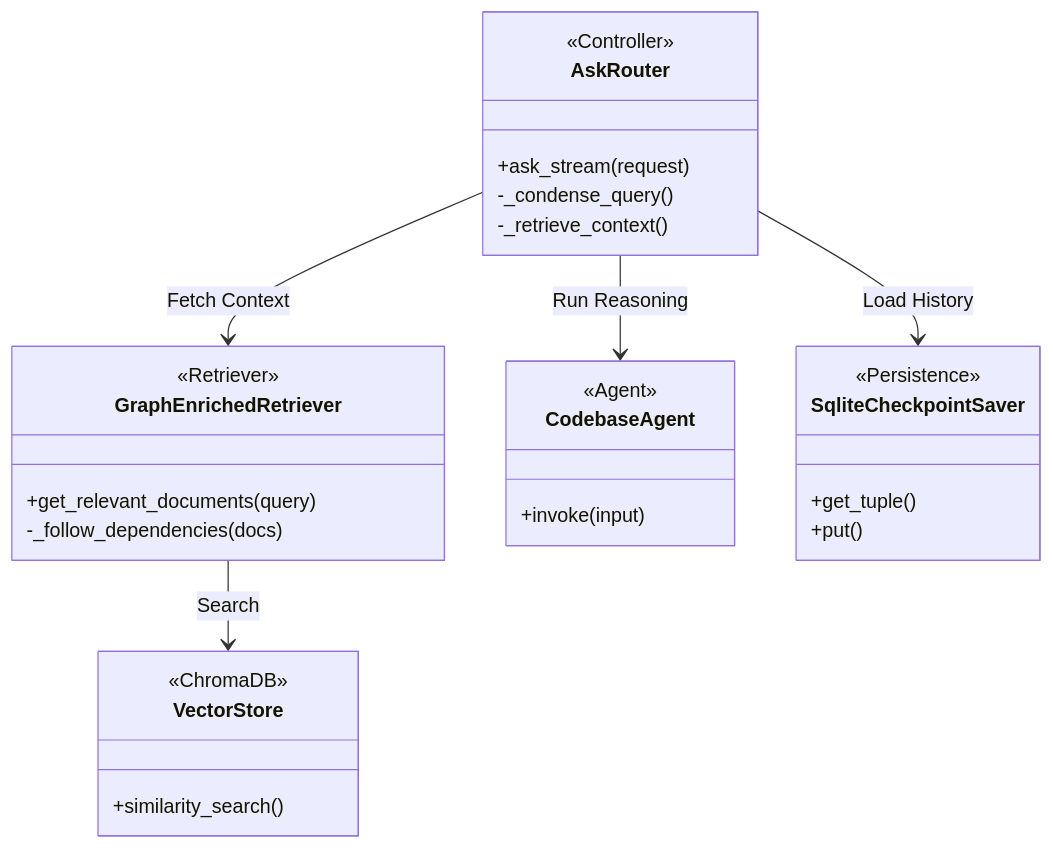
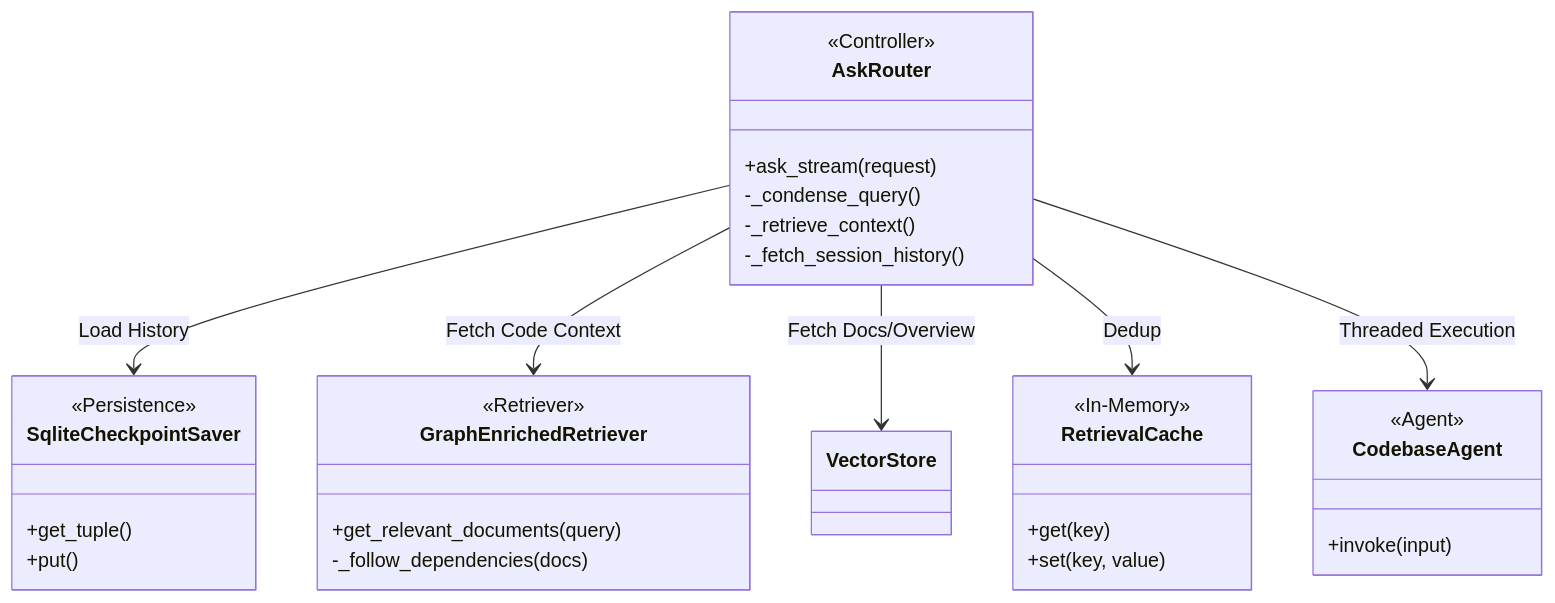
Before and after one commit to cyberbobjr/open-deepwiki: the sixth of 7 diagrams in ARCHITECTURE.md, drawn with Mermaid. The commit also changed other lines of this file, not shown here.

Commit message:
docs: Mettre à jour la documentation de l'architecture pour détailler le flux de requête SSE, la récupération hybride du contexte et l'exécution de l'agent en mode threadé.

````diff
--- a/ARCHITECTURE.md
+++ b/ARCHITECTURE.md
@@ -372,36 +372,39 @@
 ```mermaid
 classDiagram
     class AskRouter {
         <<Controller>>
         +ask_stream(request)
         -_condense_query()
         -_retrieve_context()
+        -_fetch_session_history()
     }
 
     class GraphEnrichedRetriever {
         <<Retriever>>
         +get_relevant_documents(query)
         -_follow_dependencies(docs)
     }
 
     class CodebaseAgent {
         <<Agent>>
         +invoke(input)
     }
 
     class SqliteCheckpointSaver {
         <<Persistence>>
         +get_tuple()
         +put()
     }
     
-    class VectorStore {
-        <<ChromaDB>>
-        +similarity_search()
+    class RetrievalCache {
+        <<In-Memory>>
+        +get(key)
+        +set(key, value)
     }
 
     AskRouter --> SqliteCheckpointSaver : Load History
-    AskRouter --> GraphEnrichedRetriever : Fetch Context
-    GraphEnrichedRetriever --> VectorStore : Search
-    AskRouter --> CodebaseAgent : Run Reasoning
+    AskRouter --> GraphEnrichedRetriever : Fetch Code Context
+    AskRouter --> VectorStore : Fetch Docs/Overview
+    AskRouter --> RetrievalCache : Dedup
+    AskRouter --> CodebaseAgent : Threaded Execution
 ```
````
